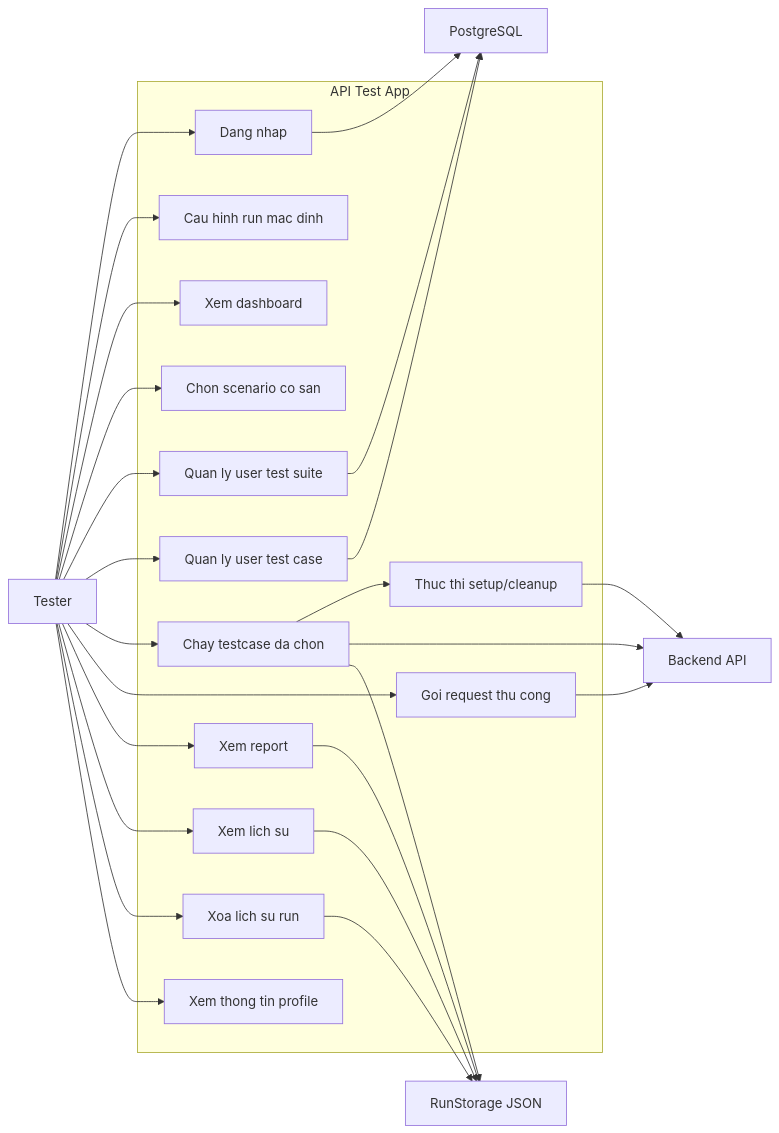
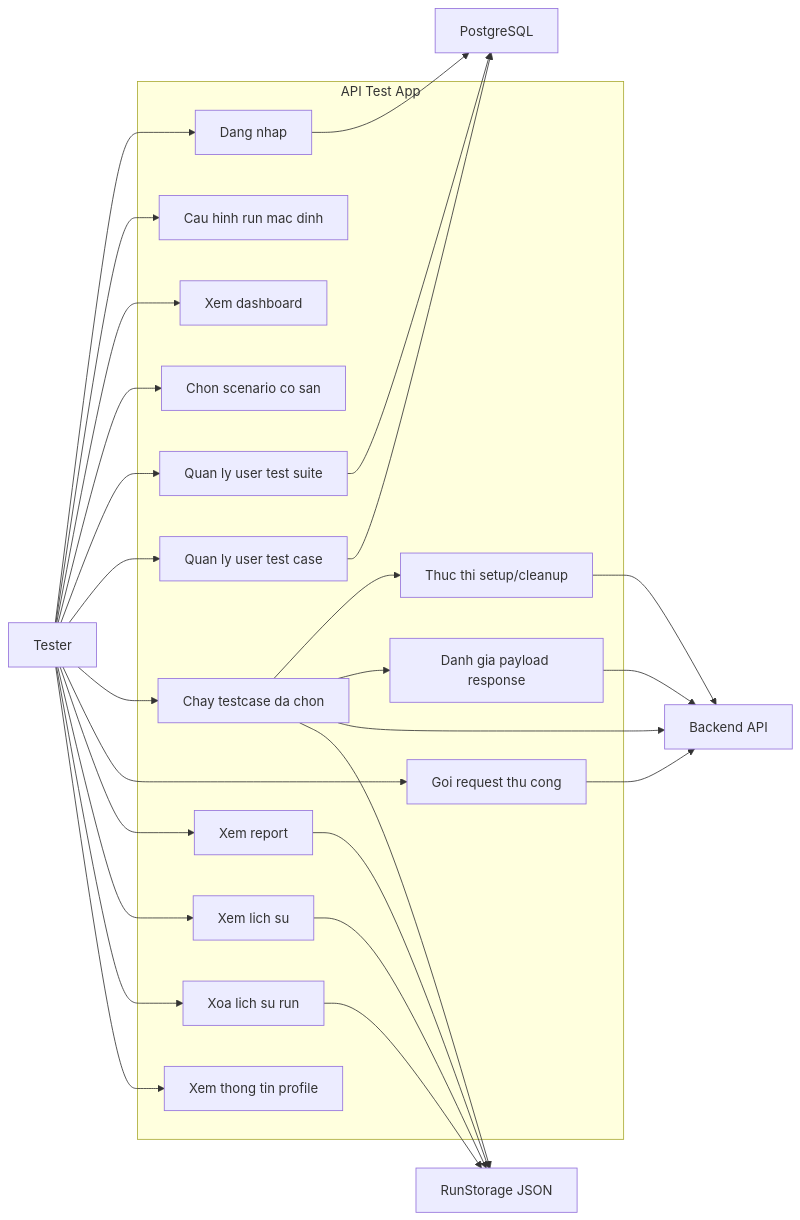
One commit to leviettien61251/api-test-app changed the diagram in docs/USECASE_TONG_QUAT.md. Above: the diagram before and after it, drawn with Mermaid. The commit also changed other lines of this file and 13 other files, not shown here.

````diff
--- a/docs/USECASE_TONG_QUAT.md
+++ b/docs/USECASE_TONG_QUAT.md
@@ -21,48 +21,51 @@
 ```mermaid
 flowchart LR
     tester["Tester"]
     backend["Backend API"]
     db["PostgreSQL"]
     storage["RunStorage JSON"]
 
     subgraph app["API Test App"]
         uc1["Dang nhap"]
         uc2["Cau hinh run mac dinh"]
         uc3["Xem dashboard"]
         uc4["Chon scenario co san"]
         uc5["Quan ly user test suite"]
         uc6["Quan ly user test case"]
         uc7["Chay testcase da chon"]
         uc8["Thuc thi setup/cleanup"]
+        uc8b["Danh gia payload response"]
         uc9["Goi request thu cong"]
         uc10["Xem report"]
         uc11["Xem lich su"]
         uc12["Xoa lich su run"]
         uc13["Xem thong tin profile"]
     end
 
     tester --> uc1
     tester --> uc2
     tester --> uc3
     tester --> uc4
     tester --> uc5
     tester --> uc6
     tester --> uc7
     tester --> uc9
     tester --> uc10
     tester --> uc11
     tester --> uc12
     tester --> uc13
 
     uc1 --> db
     uc5 --> db
     uc6 --> db
     uc7 --> uc8
+    uc7 --> uc8b
     uc7 --> backend
     uc8 --> backend
+    uc8b --> backend
     uc7 --> storage
     uc9 --> backend
     uc10 --> storage
     uc11 --> storage
     uc12 --> storage
 ```
````
